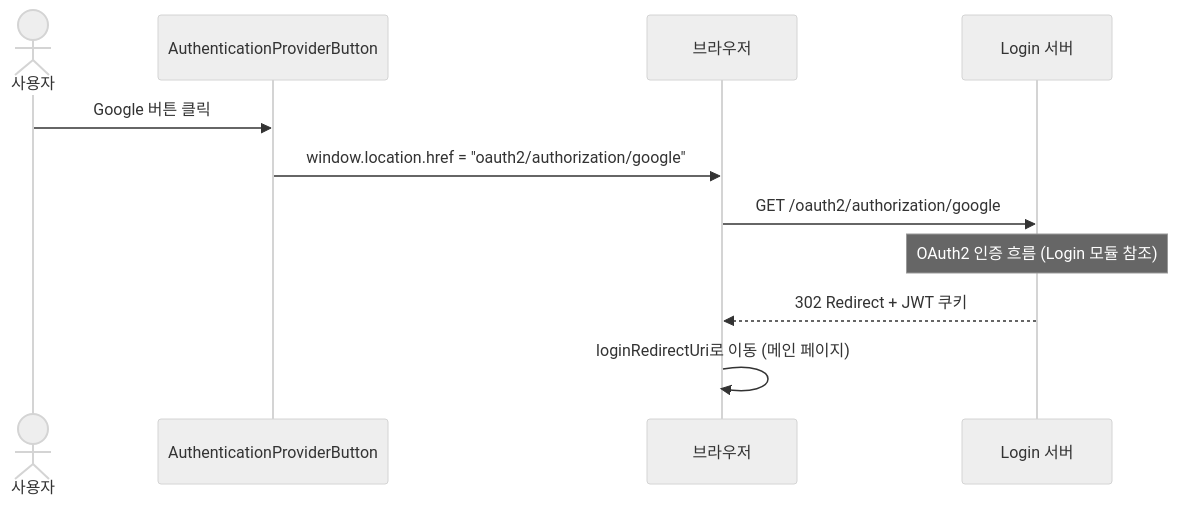
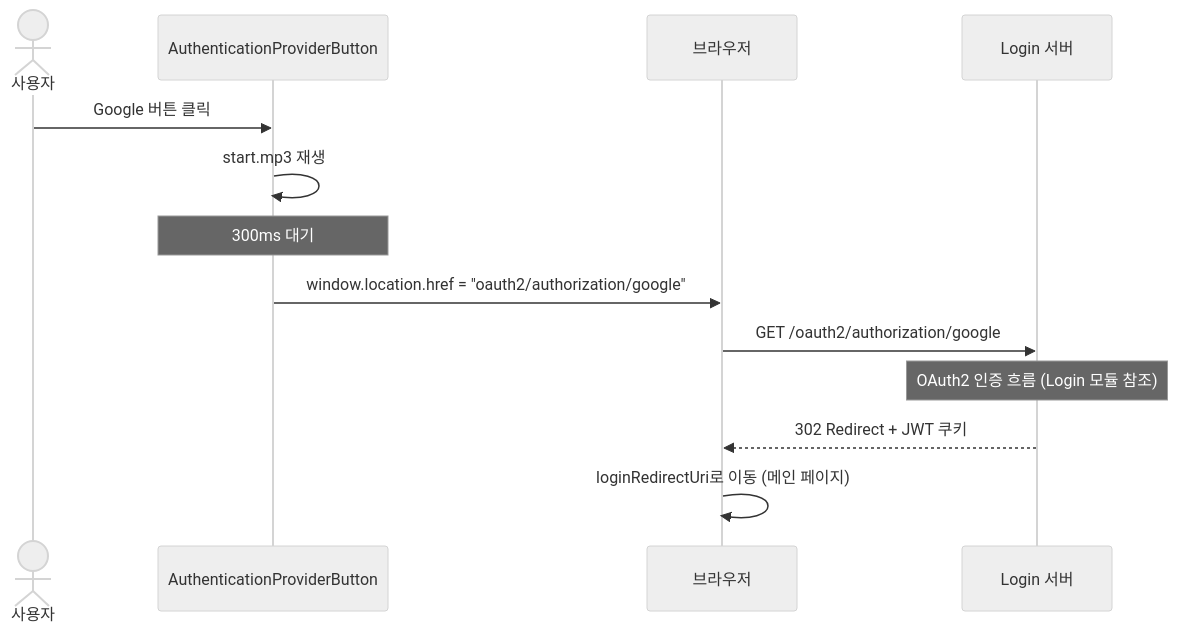
The second of 3 diagrams in login-ui/USECASE.md (sayaya1090/handbook), drawn with Mermaid (neutral theme) before and after one commit. The commit also changed other lines of this file and 6 other files, not shown here.

````diff
--- a/login-ui/USECASE.md
+++ b/login-ui/USECASE.md
@@ -40,14 +42,16 @@
 ```mermaid
 sequenceDiagram
     actor User as 사용자
     participant Btn as AuthenticationProviderButton
     participant Browser as 브라우저
     participant Login as Login 서버
 
     User->>Btn: Google 버튼 클릭
+    Btn->>Btn: start.mp3 재생
+    Note over Btn: 300ms 대기
     Btn->>Browser: window.location.href = "oauth2/authorization/google"
     Browser->>Login: GET /oauth2/authorization/google
     Note over Login: OAuth2 인증 흐름 (Login 모듈 참조)
     Login-->>Browser: 302 Redirect + JWT 쿠키
     Browser->>Browser: loginRedirectUri로 이동 (메인 페이지)
 ```
````
